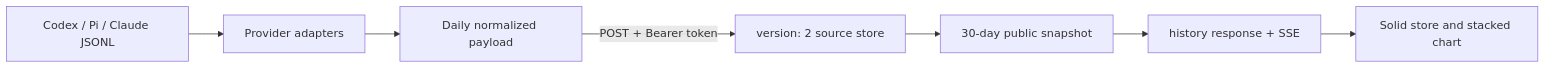
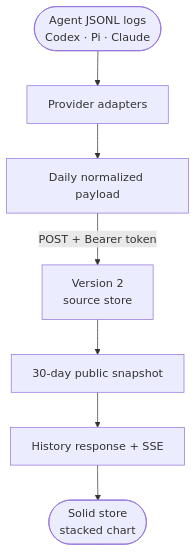
Before and after one commit to ErickCReis/ErickCReis: the diagram in web/content/blog/agent-token-usage-as-a-first-class-stat.mdx, drawn with Mermaid. The commit also changed 23 other files, not shown here.

Commit message:
Polish Mermaid diagrams across blog posts

````diff
--- a/web/content/blog/agent-token-usage-as-a-first-class-stat.mdx
+++ b/web/content/blog/agent-token-usage-as-a-first-class-stat.mdx
@@ -12,9 +12,9 @@
 ```mermaid center
-flowchart LR
-  Logs["Codex / Pi / Claude JSONL"] --> Adapters["Provider adapters"]
+flowchart TB
+  Logs(["Agent JSONL logs<br/>Codex · Pi · Claude"]) --> Adapters["Provider adapters"]
   Adapters --> Daily["Daily normalized payload"]
-  Daily -->|"POST + Bearer token"| Store["version: 2 source store"]
+  Daily -->|"POST + Bearer token"| Store["Version 2<br/>source store"]
   Store --> Snapshot["30-day public snapshot"]
-  Snapshot --> Transport["history response + SSE"]
-  Transport --> Panel["Solid store and stacked chart"]
+  Snapshot --> Transport["History response + SSE"]
+  Transport --> Panel(["Solid store<br/>stacked chart"])
 ```
````
